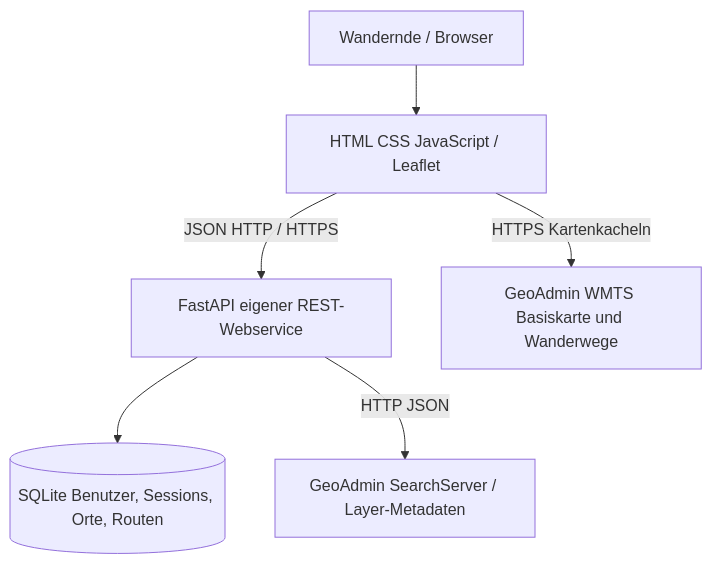
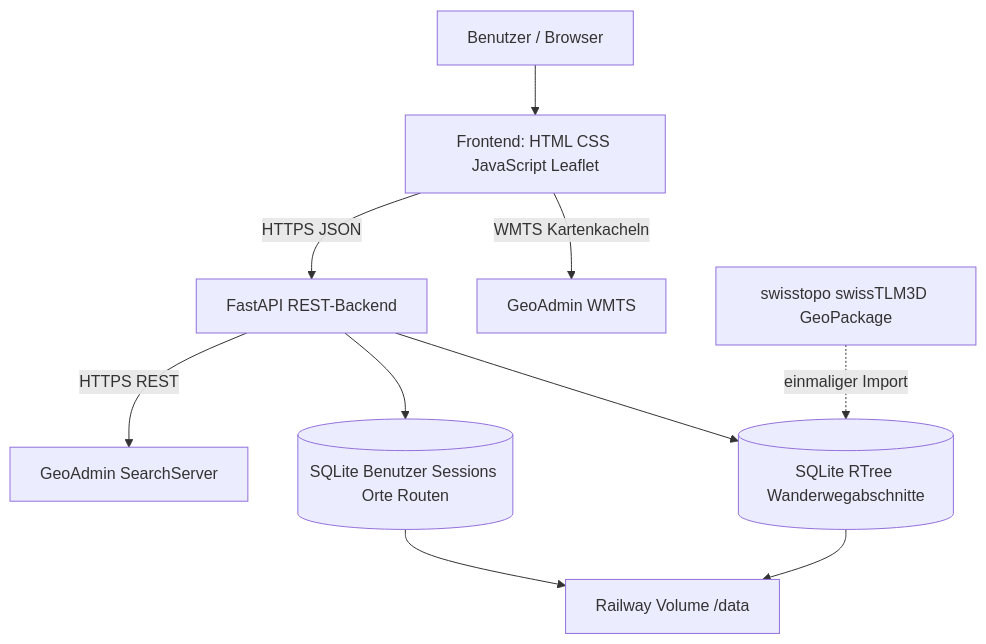
Before and after one commit to vincentbrand-hslu/swisstrail-hslu: the diagram in SwissTrail_HSLU_Projekt_V2/swisstrail/docs/SPEZIFIKATION.md, drawn with Mermaid. The commit also changed other lines of this file and 10 other files, not shown here.

````diff
--- a/SwissTrail_HSLU_Projekt_V2/swisstrail/docs/SPEZIFIKATION.md
+++ b/SwissTrail_HSLU_Projekt_V2/swisstrail/docs/SPEZIFIKATION.md
@@ -33,14 +23,12 @@
 ```mermaid
 flowchart TB
-  User[Wandernde / Browser]
-  UI[HTML CSS JavaScript / Leaflet]
-  API[FastAPI eigener REST-Webservice]
-  DB[(SQLite Benutzer, Sessions, Orte, Routen)]
-  GEO[GeoAdmin SearchServer / Layer-Metadaten]
-  WMTS[GeoAdmin WMTS Basiskarte und Wanderwege]
-  User --> UI
-  UI -->|JSON HTTP / HTTPS| API
-  API --> DB
-  API -->|HTTP JSON| GEO
-  UI -->|HTTPS Kartenkacheln| WMTS
+ U[Benutzer / Browser] --> F[Frontend: HTML CSS JavaScript Leaflet]
+ F -->|HTTPS JSON| A[FastAPI REST-Backend]
+ F -->|WMTS Kartenkacheln| W[GeoAdmin WMTS]
+ A -->|HTTPS REST| S[GeoAdmin SearchServer]
+ A --> D[(SQLite Benutzer Sessions Orte Routen)]
+ A --> T[(SQLite RTree Wanderwegabschnitte)]
+ G[swisstopo swissTLM3D GeoPackage] -. einmaliger Import .-> T
+ D --> V[Railway Volume /data]
+ T --> V
 ```
````
